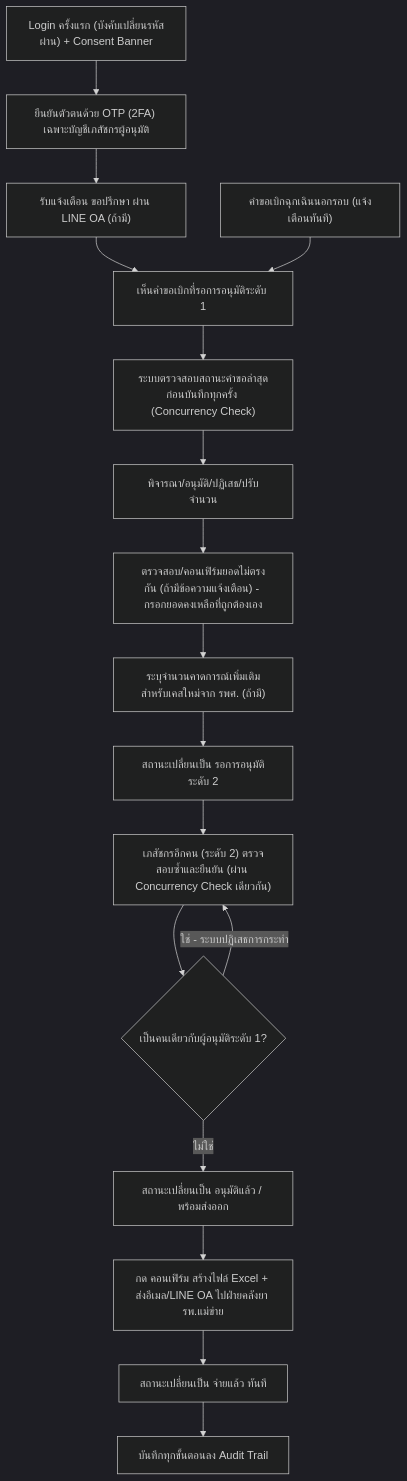
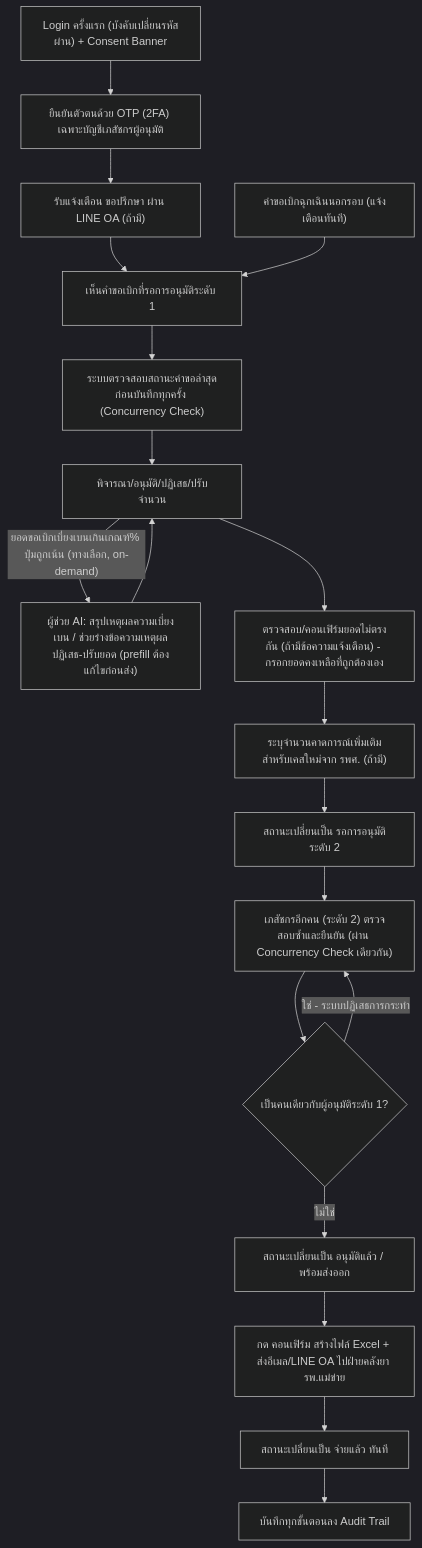
The diagram in 01-requirements/03-user-journey/pharmacist-journey.md (6910127-warang/sync_smart), drawn with Mermaid (dark theme) before and after one commit. The commit also changed other lines of this file and 29 other files, not shown here.

````diff
--- a/01-requirements/03-user-journey/pharmacist-journey.md
+++ b/01-requirements/03-user-journey/pharmacist-journey.md
@@ -9,19 +9,21 @@
 ```mermaid
 flowchart TD
     A["Login ครั้งแรก (บังคับเปลี่ยนรหัสผ่าน) + Consent Banner"] --> A2["ยืนยันตัวตนด้วย OTP (2FA) เฉพาะบัญชีเภสัชกรผู้อนุมัติ"]
     A2 --> B["รับแจ้งเตือน ขอปรึกษา ผ่าน LINE OA (ถ้ามี)"]
     B --> C["เห็นคำขอเบิกที่รอการอนุมัติระดับ 1"]
     C --> P1["ระบบตรวจสอบสถานะคำขอล่าสุดก่อนบันทึกทุกครั้ง (Concurrency Check)"]
     P1 --> D["พิจารณา/อนุมัติ/ปฏิเสธ/ปรับจำนวน"]
+    D -- "ยอดขอเบิกเบี่ยงเบนเกินเกณฑ์% ปุ่มถูกเน้น (ทางเลือก, on-demand)" --> AI["ผู้ช่วย AI: สรุปเหตุผลความเบี่ยงเบน / ช่วยร่างข้อความเหตุผลปฏิเสธ-ปรับยอด (prefill ต้องแก้ไขก่อนส่ง)"]
+    AI --> D
     D --> D2["ตรวจสอบ/คอนเฟิร์มยอดไม่ตรงกัน (ถ้ามีข้อความแจ้งเตือน) - กรอกยอดคงเหลือที่ถูกต้องเอง"]
     D2 --> E["ระบุจำนวนคาดการณ์เพิ่มเติมสำหรับเคสใหม่จาก รพศ. (ถ้ามี)"]
     E --> F["สถานะเปลี่ยนเป็น รอการอนุมัติระดับ 2"]
     F --> G["เภสัชกรอีกคน (ระดับ 2) ตรวจสอบซ้ำและยืนยัน (ผ่าน Concurrency Check เดียวกัน)"]
     G --> H{"เป็นคนเดียวกับผู้อนุมัติระดับ 1?"}
     H -- "ใช่ - ระบบปฏิเสธการกระทำ" --> G
     H -- "ไม่ใช่" --> I["สถานะเปลี่ยนเป็น อนุมัติแล้ว / พร้อมส่งออก"]
     I --> J["กด คอนเฟิร์ม สร้างไฟล์ Excel + ส่งอีเมล/LINE OA ไปฝ่ายคลังยา รพ.แม่ข่าย"]
     J --> K["สถานะเปลี่ยนเป็น จ่ายแล้ว ทันที"]
     K --> N["บันทึกทุกขั้นตอนลง Audit Trail"]
     L["คำขอเบิกฉุกเฉินนอกรอบ (แจ้งเตือนทันที)"] --> C
 ```
````
